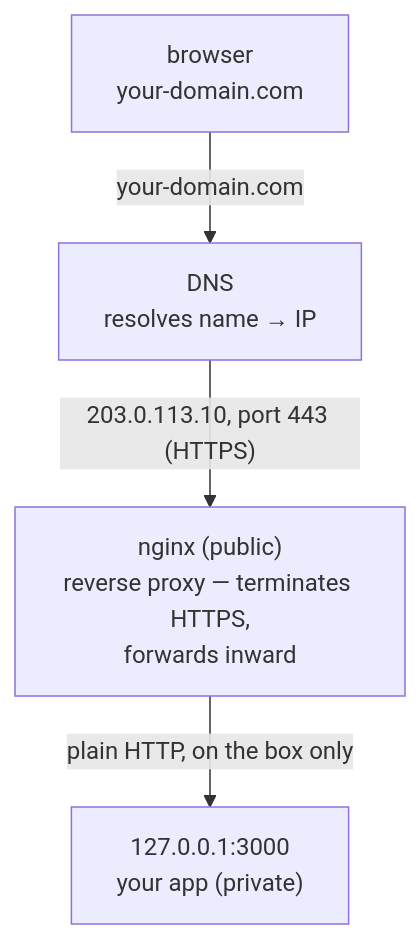
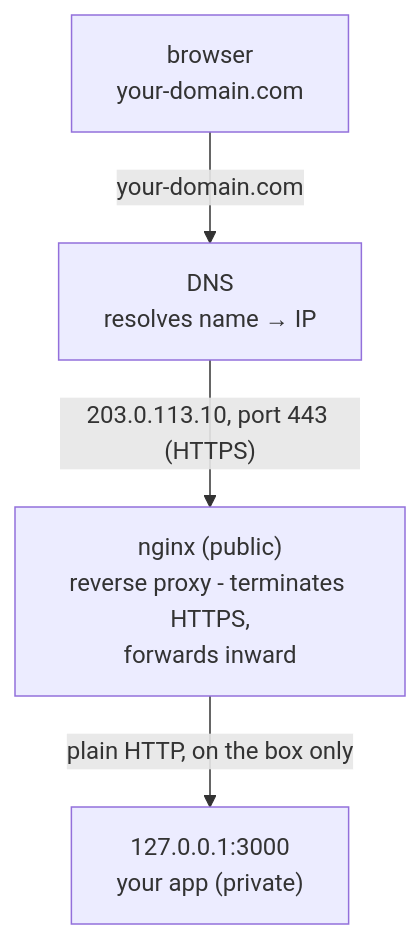
One commit to Topurrra/themissingmanual changed the diagram in guides/infrastructure/deploying-to-a-vps/03-make-it-public-and-safe.md. Above: the diagram before and after it, drawn with Mermaid. The commit also changed other lines of this file and 1072 other files, not shown here.

````diff
--- a/guides/infrastructure/deploying-to-a-vps/03-make-it-public-and-safe.md
+++ b/guides/infrastructure/deploying-to-a-vps/03-make-it-public-and-safe.md
@@ -26,10 +26,10 @@
 ```mermaid
 flowchart TD
   Browser["browser<br/>your-domain.com"]
   DNS["DNS<br/>resolves name → IP"]
-  Nginx["nginx (public)<br/>reverse proxy — terminates HTTPS,<br/>forwards inward"]
+  Nginx["nginx (public)<br/>reverse proxy - terminates HTTPS,<br/>forwards inward"]
   App["127.0.0.1:3000<br/>your app (private)"]
   Browser -->|"your-domain.com"| DNS
   DNS -->|"203.0.113.10, port 443 (HTTPS)"| Nginx
   Nginx -->|"plain HTTP, on the box only"| App
 ```
````
